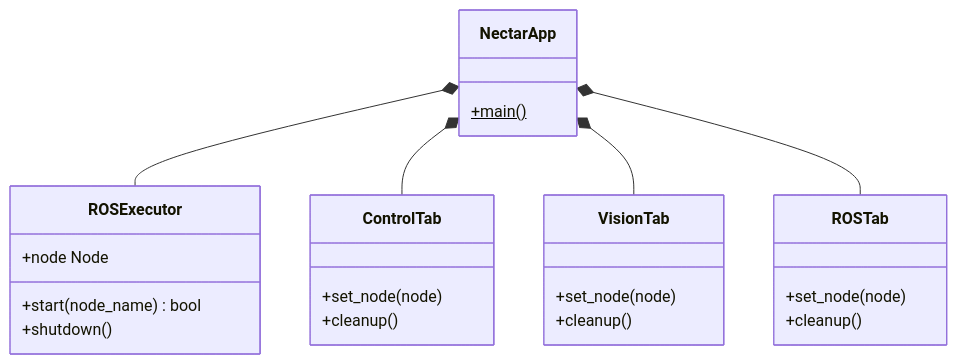
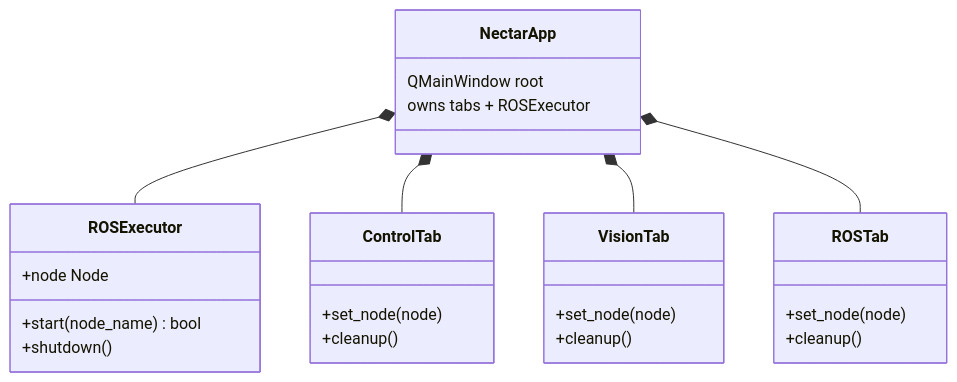
Before and after one commit to Black-Bee-Drones/nectar-sdk: the first of 2 diagrams in nectar/nectar/interface/README.md, drawn with Mermaid. The commit also changed other lines of this file and 13 other files, not shown here.

Commit message:
docs: sync diagrams and docs

````diff
--- a/nectar/nectar/interface/README.md
+++ b/nectar/nectar/interface/README.md
@@ -113,32 +113,33 @@
 ```mermaid
 classDiagram
     class NectarApp {
-        +main()$
+        QMainWindow root
+        owns tabs + ROSExecutor
     }
 
     class ROSExecutor {
         +node Node
         +start(node_name) bool
         +shutdown()
     }
 
     class ControlTab {
         +set_node(node)
         +cleanup()
     }
 
     class VisionTab {
         +set_node(node)
         +cleanup()
     }
 
     class ROSTab {
         +set_node(node)
         +cleanup()
     }
 
     NectarApp *-- ROSExecutor
     NectarApp *-- ControlTab
     NectarApp *-- VisionTab
     NectarApp *-- ROSTab
 ```
````
